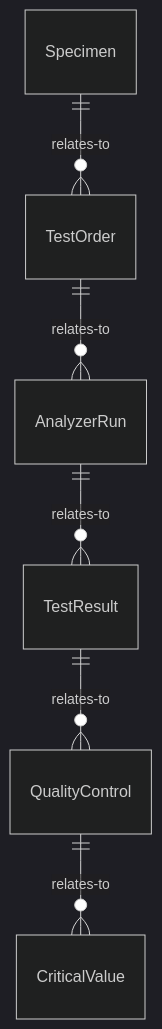
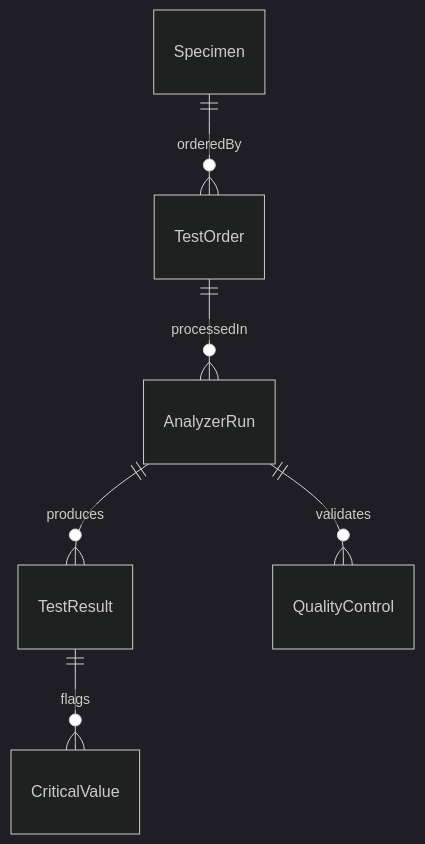
The first of 4 diagrams in ControllingMachinesAndProcesses/OperateLaboratoryOrFieldEquipment/OperateLaboratoryEquipmentAnalyzeMedical.mdx (dot-org-ai/tasks.org.ai), drawn with Mermaid (dark theme) before and after one commit. The commit also changed other lines of this file and 515 other files, not shown here.

````diff
--- a/ControllingMachinesAndProcesses/OperateLaboratoryOrFieldEquipment/OperateLaboratoryEquipmentAnalyzeMedical.mdx
+++ b/ControllingMachinesAndProcesses/OperateLaboratoryOrFieldEquipment/OperateLaboratoryEquipmentAnalyzeMedical.mdx
@@ -87,8 +87,8 @@
 ```mermaid
 erDiagram
-    Specimen ||--o{ TestOrder : relates-to
-    TestOrder ||--o{ AnalyzerRun : relates-to
-    AnalyzerRun ||--o{ TestResult : relates-to
-    TestResult ||--o{ QualityControl : relates-to
-    QualityControl ||--o{ CriticalValue : relates-to
+    Specimen ||--o{ TestOrder : orderedBy
+    TestOrder ||--o{ AnalyzerRun : processedIn
+    AnalyzerRun ||--o{ TestResult : produces
+    AnalyzerRun ||--o{ QualityControl : validates
+    TestResult ||--o{ CriticalValue : flags
 ```
````
